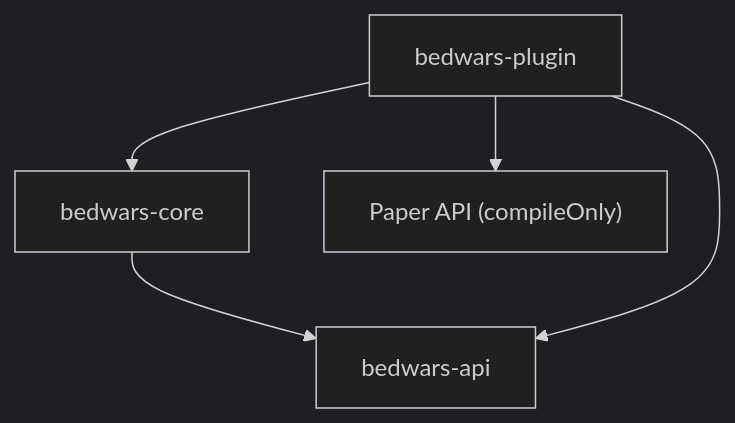
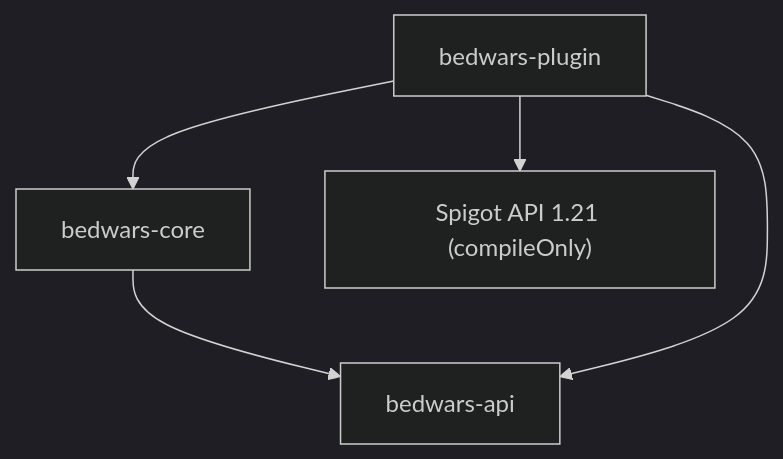
Before and after one commit to tomashb-yt/HeneriaBedwars: the diagram in docs/ai/ARCHITECTURE.md, drawn with Mermaid (dark theme). The commit also changed other lines of this file and 18 other files, not shown here.

````diff
--- a/docs/ai/ARCHITECTURE.md
+++ b/docs/ai/ARCHITECTURE.md
@@ -9,7 +9,7 @@
 ```mermaid
 graph TD
     CORE["bedwars-core"] --> API["bedwars-api"]
     PLUGIN["bedwars-plugin"] --> API
     PLUGIN --> CORE
-    PLUGIN --> PAPER["Paper API (compileOnly)"]
+    PLUGIN --> BUKKIT["Spigot API 1.21 (compileOnly)"]
 ```
````
